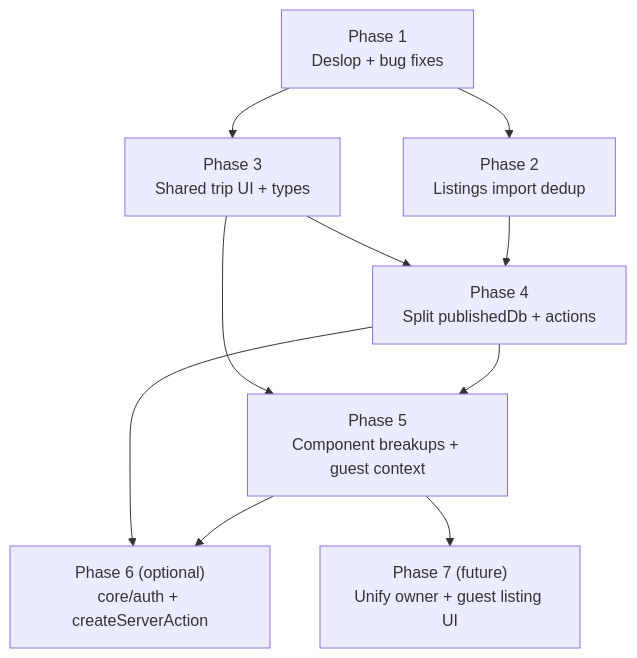
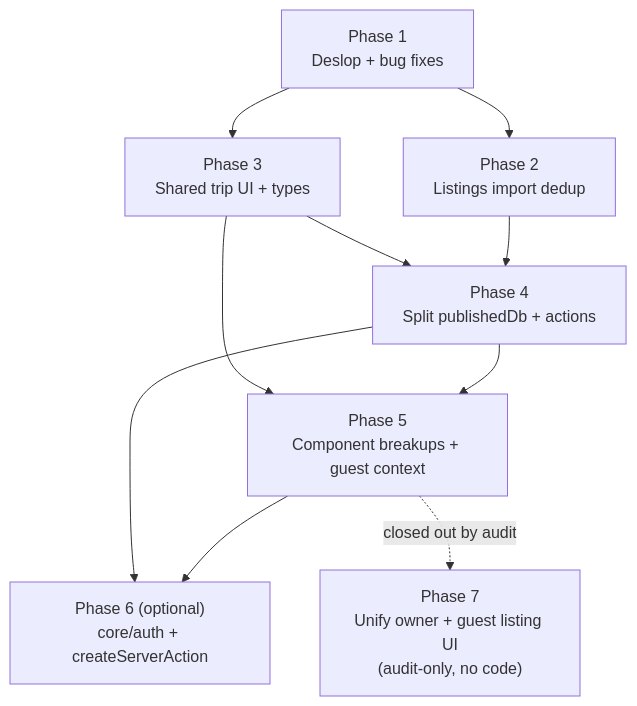
One commit to dimamarkus/house-vote changed the diagram in docs/260422REFACTOR__PHASED_REFACTOR_AND_CLEANUP_ROADMAP.md. Above: the diagram before and after it, drawn with Mermaid. The commit also changed other lines of this file, not shown here.

First line of the commit message:
docs(roadmap): close out phase 7 by audit

````diff
--- a/docs/260422REFACTOR__PHASED_REFACTOR_AND_CLEANUP_ROADMAP.md
+++ b/docs/260422REFACTOR__PHASED_REFACTOR_AND_CLEANUP_ROADMAP.md
@@ -35,12 +37,12 @@
 ```mermaid
 flowchart TD
   phase1["Phase 1<br/>Deslop + bug fixes"] --> phase2["Phase 2<br/>Listings import dedup"]
   phase1 --> phase3["Phase 3<br/>Shared trip UI + types"]
   phase2 --> phase4["Phase 4<br/>Split publishedDb + actions"]
   phase3 --> phase4
   phase4 --> phase5["Phase 5<br/>Component breakups + guest context"]
   phase3 --> phase5
   phase5 --> phase6["Phase 6 (optional)<br/>core/auth + createServerAction"]
   phase4 --> phase6
-  phase5 --> phase7["Phase 7 (future)<br/>Unify owner + guest listing UI"]
+  phase5 -.->|closed out by audit| phase7["Phase 7<br/>Unify owner + guest listing UI<br/>(audit-only, no code)"]
 ```
````
